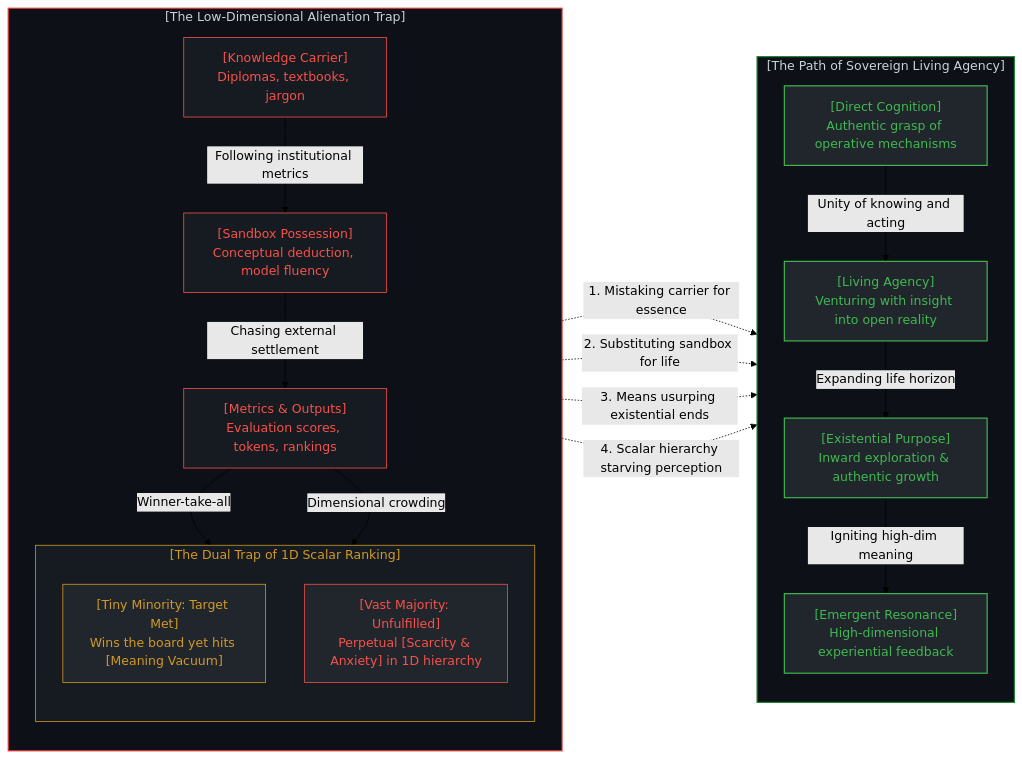
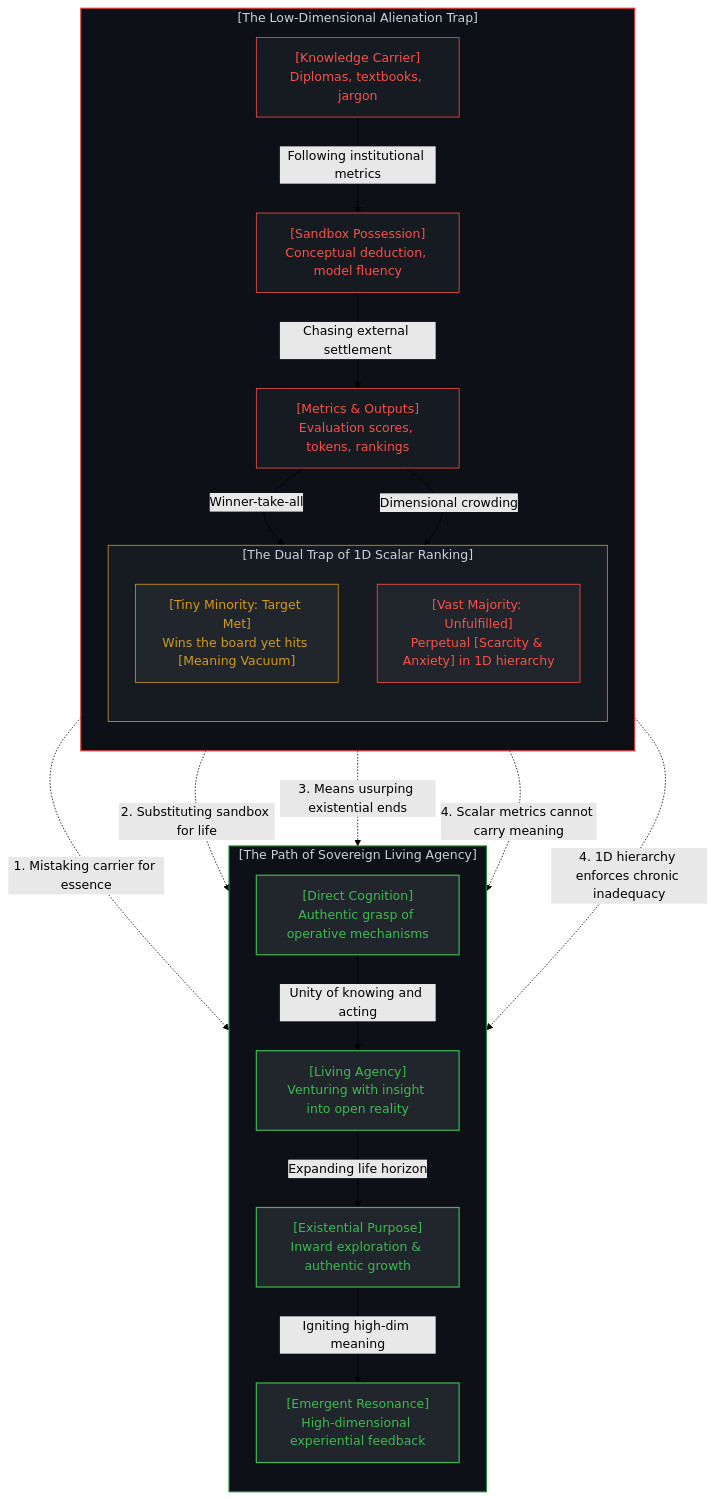
One commit to powerpig99/not-a-toe changed the second of 6 diagrams in content/posts/coordinate-systems-mind-and-degrees-of-freedom.md. Above: the diagram before and after it, drawn with Mermaid (forest theme). The commit also changed other lines of this file, not shown here.

Commit message:
Convert Section 1 Mermaid diagram to vertical (graph TD) layout

````diff
--- a/content/posts/coordinate-systems-mind-and-degrees-of-freedom.md
+++ b/content/posts/coordinate-systems-mind-and-degrees-of-freedom.md
@@ -83,51 +84,52 @@
 ```mermaid
-graph LR
-    subgraph PathOfLiving["[The Path of Sovereign Living Agency]"]
-        direction TB
-        Knowledge["[Direct Cognition]<br>Authentic grasp of operative mechanisms"]
-        Living["[Living Agency]<br>Venturing with insight into open reality"]
-        EndGoal["[Existential Purpose]<br>Inward exploration & authentic growth"]
-        Resonance["[Emergent Resonance]<br>High-dimensional experiential feedback"]
-
-        Knowledge -->|"Unity of knowing and acting"| Living
-        Living -->|"Expanding life horizon"| EndGoal
-        EndGoal -->|"Igniting high-dim meaning"| Resonance
-    end
-
-    subgraph PathOfTrap["[The Low-Dimensional Alienation Trap]"]
+graph TD
+    subgraph TrapCol["[The Low-Dimensional Alienation Trap]"]
         direction TB
         Carrier["[Knowledge Carrier]<br>Diplomas, textbooks, jargon"]
         Control["[Sandbox Possession]<br>Conceptual deduction, model fluency"]
         Tools["[Metrics & Outputs]<br>Evaluation scores, tokens, rankings"]
         
         subgraph Outcomes["[The Dual Trap of 1D Scalar Ranking]"]
             direction TB
             Winners["[Tiny Minority: Target Met]<br>Wins the board yet hits [Meaning Vacuum]"]
             Majority["[Vast Majority: Unfulfilled]<br>Perpetual [Scarcity & Anxiety] in 1D hierarchy"]
         end
 
         Carrier -->|"Following institutional metrics"| Control
         Control -->|"Chasing external settlement"| Tools
         Tools -->|"Winner-take-all"| Winners
         Tools -->|"Dimensional crowding"| Majority
     end
 
+    subgraph LivingCol["[The Path of Sovereign Living Agency]"]
+        direction TB
+        Knowledge["[Direct Cognition]<br>Authentic grasp of operative mechanisms"]
+        LivingNode["[Living Agency]<br>Venturing with insight into open reality"]
+        EndGoal["[Existential Purpose]<br>Inward exploration & authentic growth"]
+        Resonance["[Emergent Resonance]<br>High-dimensional experiential feedback"]
+
+        Knowledge -->|"Unity of knowing and acting"| LivingNode
+        LivingNode -->|"Expanding life horizon"| EndGoal
+        EndGoal -->|"Igniting high-dim meaning"| Resonance
+    end
+
     Carrier -.->|"1. Mistaking carrier for essence"| Knowledge
-    Control -.->|"2. Substituting sandbox for life"| Living
+    Control -.->|"2. Substituting sandbox for life"| LivingNode
     Tools -.->|"3. Means usurping existential ends"| EndGoal
-    Outcomes -.->|"4. Scalar hierarchy starving perception"| Resonance
+    Winners -.->|"4. Scalar metrics cannot carry meaning"| Resonance
+    Majority -.->|"4. 1D hierarchy enforces chronic inadequacy"| Resonance
 
-    style PathOfLiving fill:#0d1117,stroke:#238636,stroke-width:1.5px,color:#c9d1d9
-    style Knowledge fill:#21262d,stroke:#3fb950,stroke-width:1.5px,color:#3fb950
-    style Living fill:#21262d,stroke:#3fb950,stroke-width:1.5px,color:#3fb950
-    style EndGoal fill:#21262d,stroke:#3fb950,stroke-width:1.5px,color:#3fb950
-    style Resonance fill:#21262d,stroke:#3fb950,stroke-width:1.5px,color:#3fb950
-
-    style PathOfTrap fill:#0d1117,stroke:#da3633,stroke-width:1.5px,color:#c9d1d9
+    style TrapCol fill:#0d1117,stroke:#da3633,stroke-width:1.5px,color:#c9d1d9
     style Carrier fill:#161b22,stroke:#f85149,stroke-width:1px,color:#f85149
     style Control fill:#161b22,stroke:#f85149,stroke-width:1px,color:#f85149
     style Tools fill:#161b22,stroke:#f85149,stroke-width:1px,color:#f85149
-    style Outcomes fill:#161b22,stroke:#d29922,stroke-width:1px,color:#d29922
+    style Outcomes fill:#161b22,stroke:#d29922,stroke-width:1px,color:#c9d1d9
     style Winners fill:#21262d,stroke:#d29922,stroke-width:1px,color:#d29922
     style Majority fill:#21262d,stroke:#f85149,stroke-width:1px,color:#f85149
+
+    style LivingCol fill:#0d1117,stroke:#238636,stroke-width:1.5px,color:#c9d1d9
+    style Knowledge fill:#21262d,stroke:#3fb950,stroke-width:1.5px,color:#3fb950
+    style LivingNode fill:#21262d,stroke:#3fb950,stroke-width:1.5px,color:#3fb950
+    style EndGoal fill:#21262d,stroke:#3fb950,stroke-width:1.5px,color:#3fb950
+    style Resonance fill:#21262d,stroke:#3fb950,stroke-width:1.5px,color:#3fb950
 ```
````
